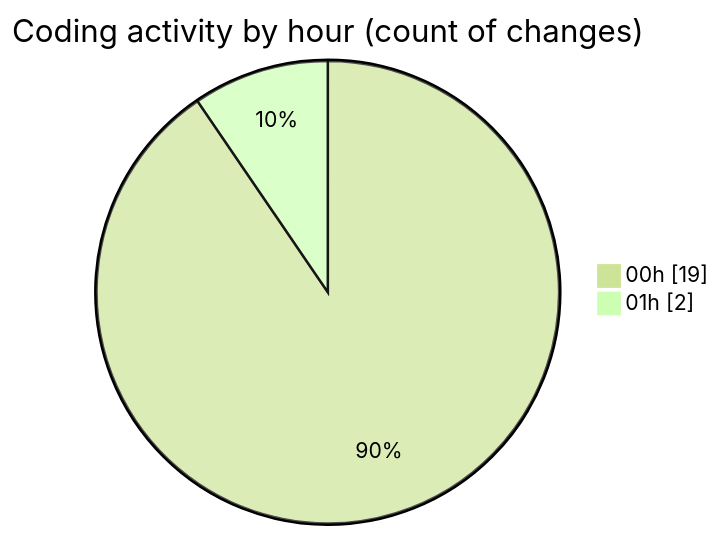
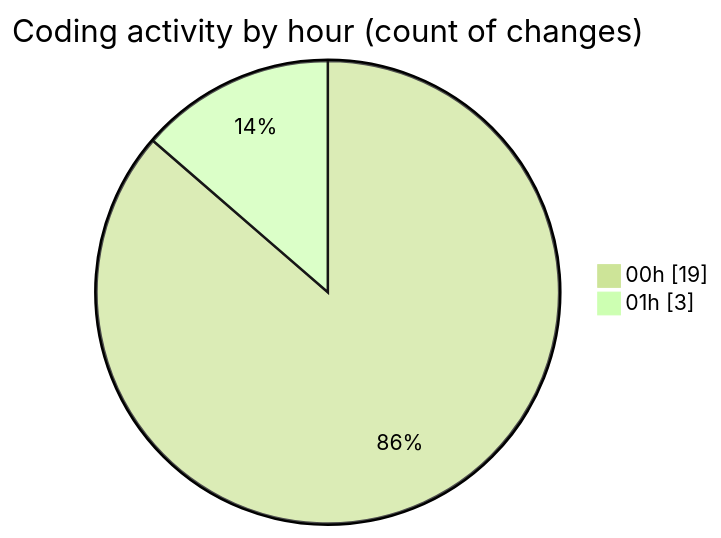
Before and after one commit to hasnaa123/code-tracking: the second of 2 diagrams in 2025-12-11/technologie_web/README.md, drawn with Mermaid (forest theme). The commit also changed other lines of this file and 1 other file, not shown here.

````diff
--- a/2025-12-11/technologie_web/README.md
+++ b/2025-12-11/technologie_web/README.md
@@ -33,6 +33,6 @@
 ```mermaid
 pie showData
 title Coding activity by hour (count of changes)
 "00h" : 19
-"01h" : 2
+"01h" : 3
 ```
````
